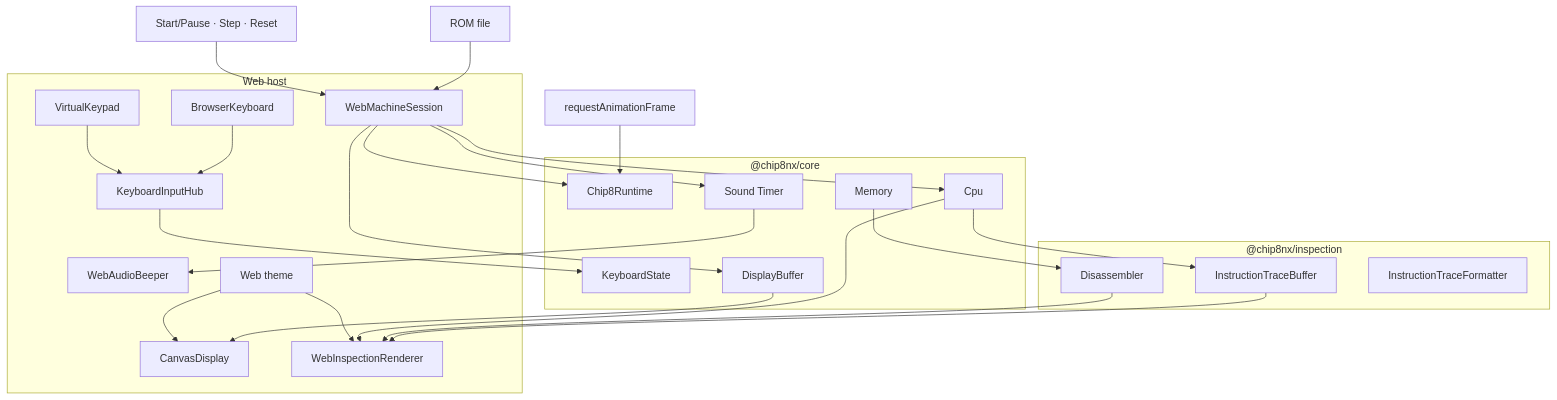
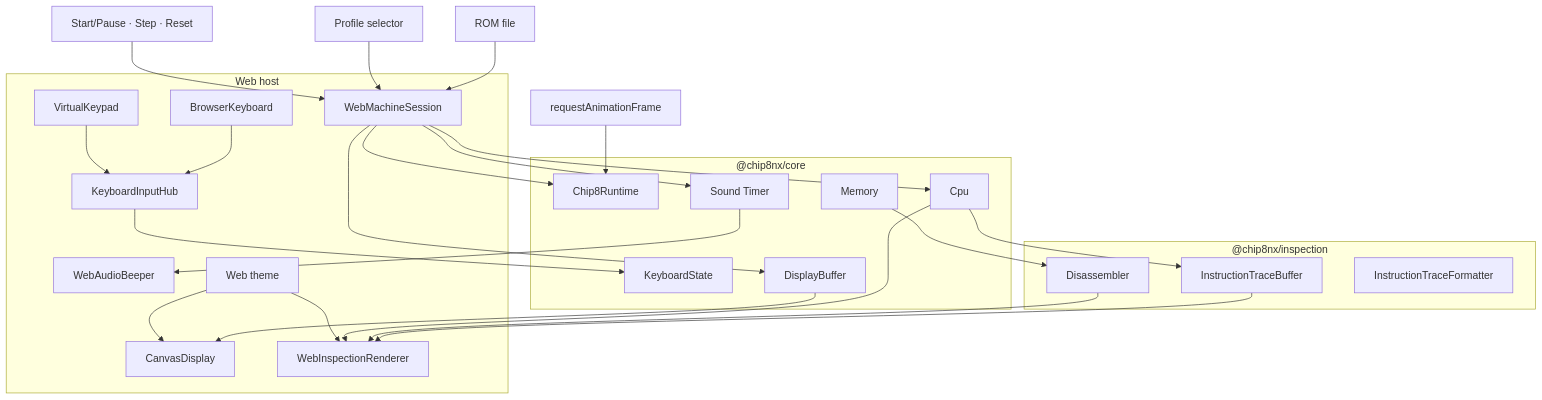
One commit to fa-ribeiro/Chip8NX changed the first of 2 diagrams in docs/guides/web-application.md. Above: the diagram before and after it, drawn with Mermaid. The commit also changed other lines of this file and 81 other files, not shown here.

````diff
--- a/docs/guides/web-application.md
+++ b/docs/guides/web-application.md
@@ -61,61 +62,63 @@
 ```mermaid
 flowchart TB
     ROM["ROM file"]
+    Profile["Profile selector"]
     Controls["Start/Pause · Step · Reset"]
     Loop["requestAnimationFrame"]
 
     subgraph Web["Web host"]
         Session["WebMachineSession"]
 
         Physical["BrowserKeyboard"]
         Virtual["VirtualKeypad"]
         Hub["KeyboardInputHub"]
 
         Canvas["CanvasDisplay"]
         Audio["WebAudioBeeper"]
 
         Inspector["WebInspectionRenderer"]
         Theme["Web theme"]
     end
 
     subgraph Inspection["@chip8nx/inspection"]
         Disassembler["Disassembler"]
         TraceBuffer["InstructionTraceBuffer"]
         TraceFormatter["InstructionTraceFormatter"]
     end
 
     subgraph Core["@chip8nx/core"]
         Runtime["Chip8Runtime"]
         Cpu["Cpu"]
         Keyboard["KeyboardState"]
         DisplayBuffer["DisplayBuffer"]
         Sound["Sound Timer"]
         Memory["Memory"]
     end
 
     ROM --> Session
+    Profile --> Session
     Controls --> Session
     Loop --> Runtime
 
     Session --> Runtime
     Session --> Cpu
     Session --> DisplayBuffer
     Session --> Sound
 
     Physical --> Hub
     Virtual --> Hub
     Hub --> Keyboard
 
     Cpu --> TraceBuffer
     Memory --> Disassembler
 
     TraceBuffer --> Inspector
     Disassembler --> Inspector
     Cpu --> Inspector
 
     DisplayBuffer --> Canvas
     Sound --> Audio
 
     Theme --> Canvas
     Theme --> Inspector
 ```
````
